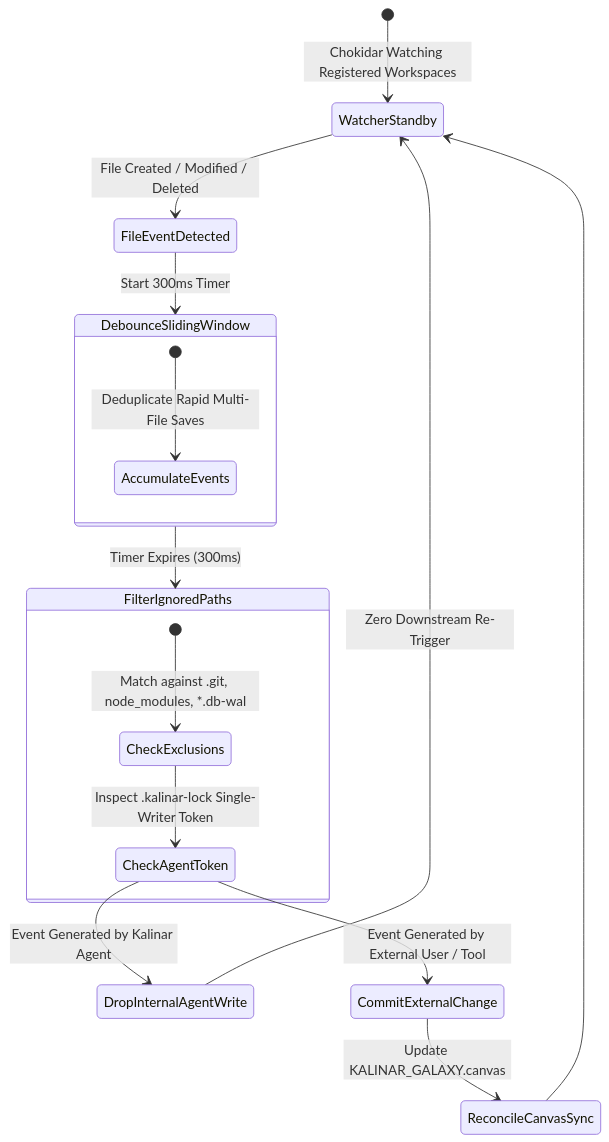
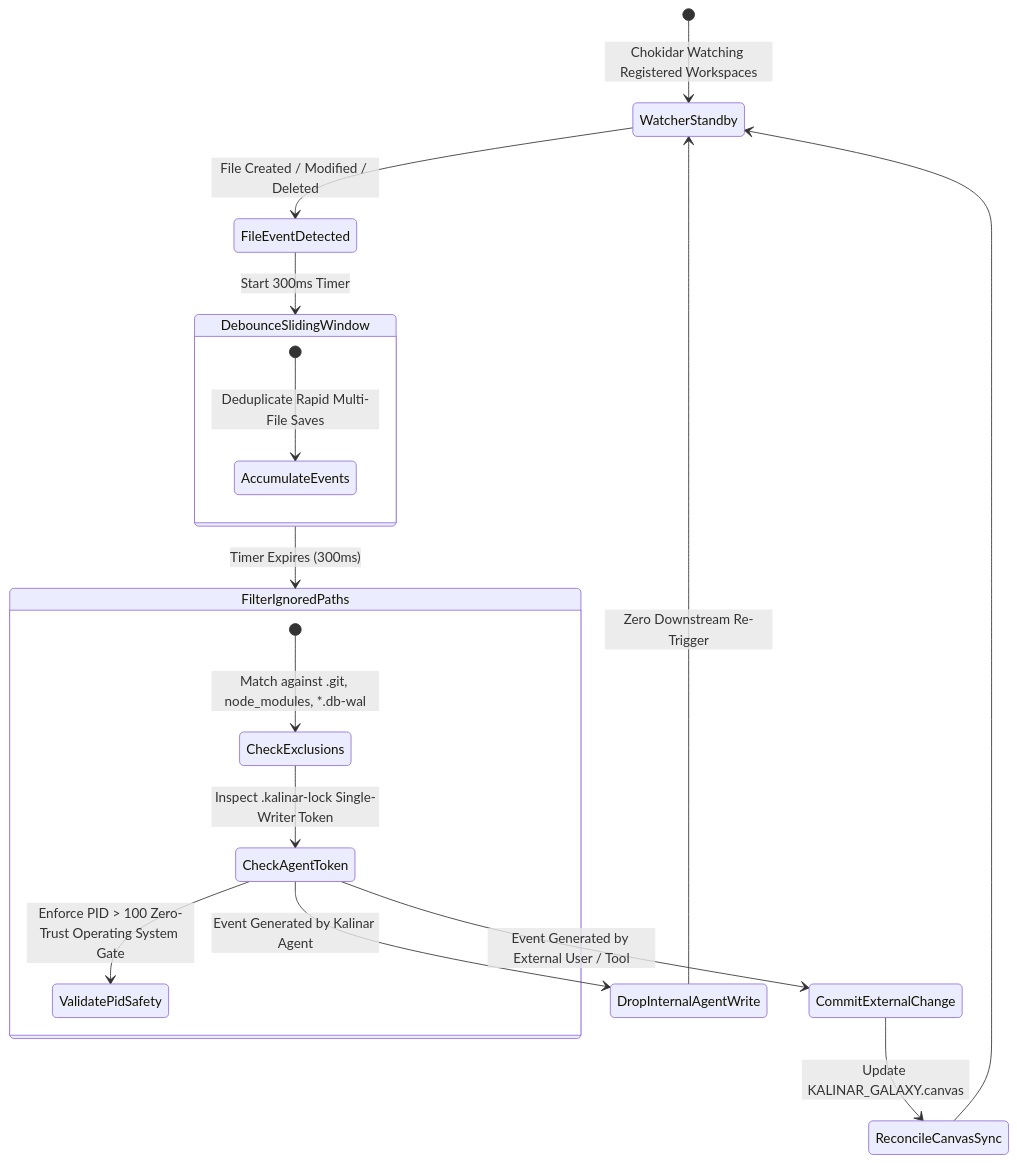
The fourth of 4 diagrams in .antigravity/blueprint/03_APP_FLOW.md (code-thiago/kalinar-agent-galaxy-os), drawn with Mermaid before and after one commit. The commit also changed other lines of this file and 12 other files, not shown here.

Commit message:
fix(singularity): restore 262k gpgpu particles, 160px card viewport, real ipc shell, and sqlite chart hydration [v1.0.1]

````diff
--- a/.antigravity/blueprint/03_APP_FLOW.md
+++ b/.antigravity/blueprint/03_APP_FLOW.md
@@ -139,25 +140,26 @@
 ```mermaid
 stateDiagram-v2
     [*] --> WatcherStandby: Chokidar Watching Registered Workspaces
     
     WatcherStandby --> FileEventDetected: File Created / Modified / Deleted
     FileEventDetected --> DebounceSlidingWindow: Start 300ms Timer
     
     state DebounceSlidingWindow {
         [*] --> AccumulateEvents: Deduplicate Rapid Multi-File Saves
     }
 
     DebounceSlidingWindow --> FilterIgnoredPaths: Timer Expires (300ms)
     
     state FilterIgnoredPaths {
         [*] --> CheckExclusions: Match against .git, node_modules, *.db-wal
         CheckExclusions --> CheckAgentToken: Inspect .kalinar-lock Single-Writer Token
+        CheckAgentToken --> ValidatePidSafety: Enforce PID > 100 Zero-Trust Operating System Gate
     }
 
     CheckAgentToken --> DropInternalAgentWrite: Event Generated by Kalinar Agent
     DropInternalAgentWrite --> WatcherStandby: Zero Downstream Re-Trigger
 
     CheckAgentToken --> CommitExternalChange: Event Generated by External User / Tool
     CommitExternalChange --> ReconcileCanvasSync: Update KALINAR_GALAXY.canvas
     ReconcileCanvasSync --> WatcherStandby
 ```
````
